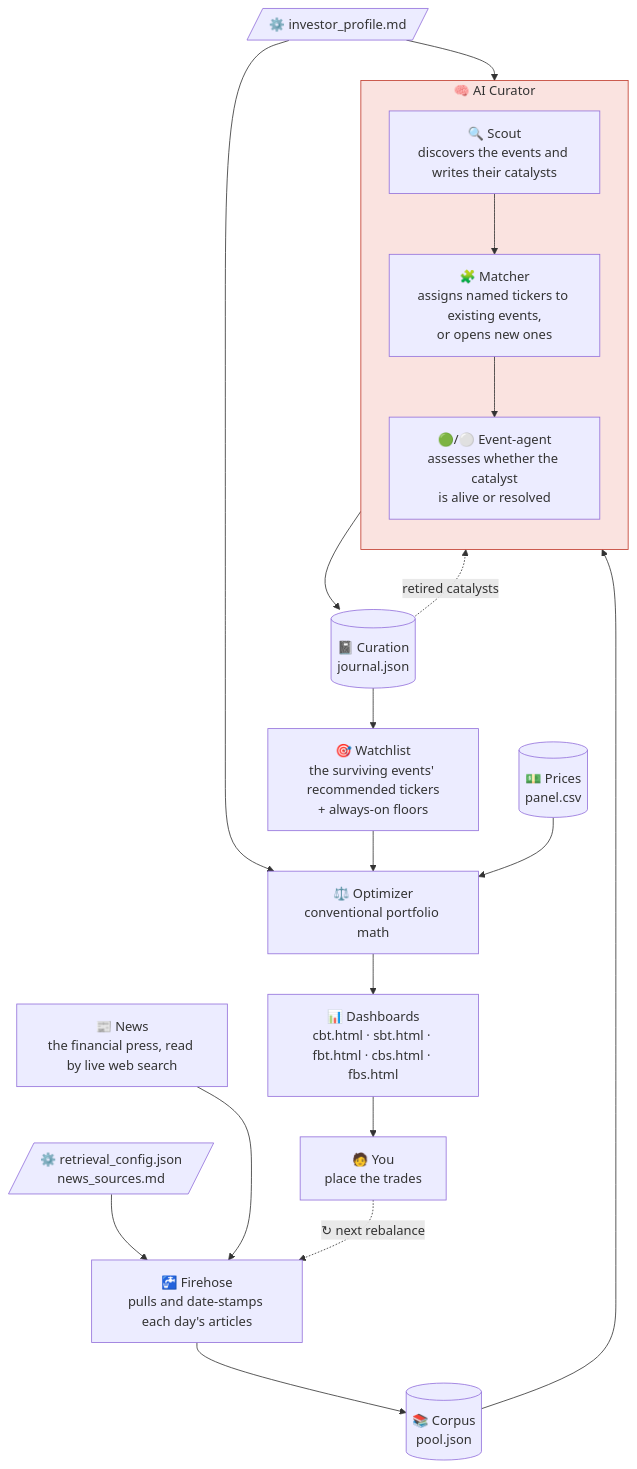
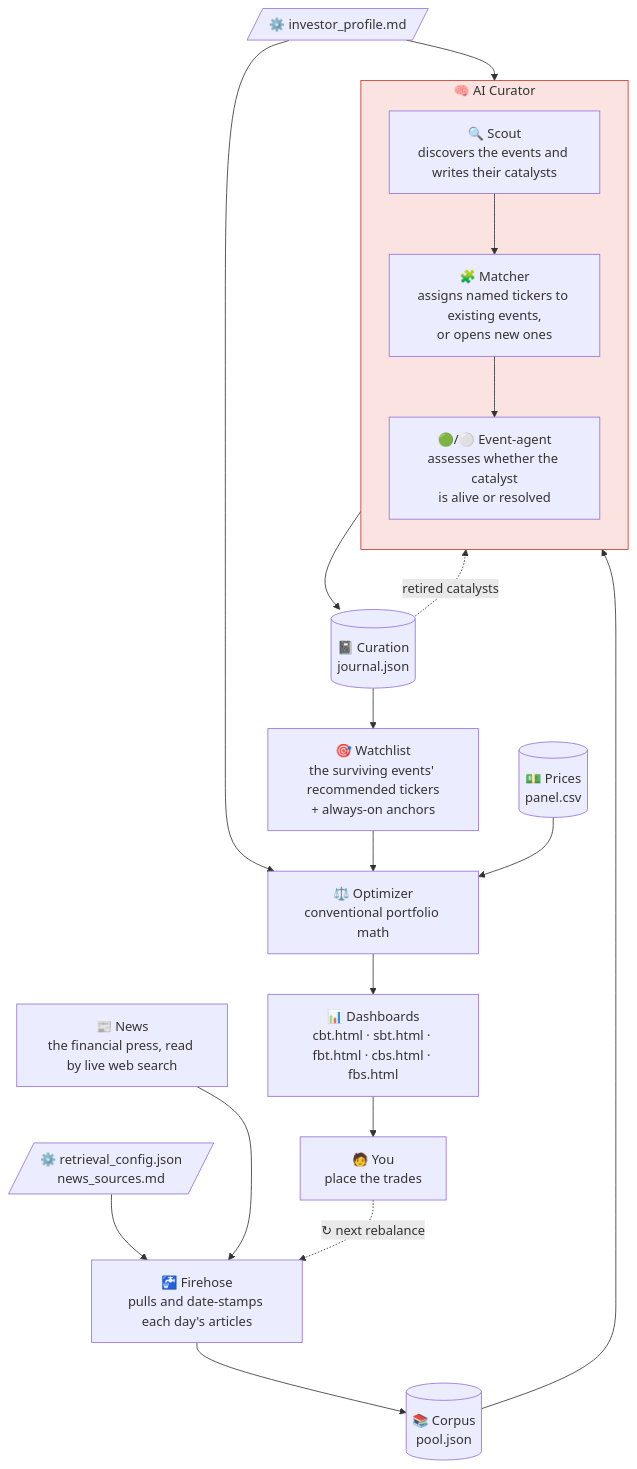
Before and after one commit to joehahn/geo-herd-rider: the diagram in README.md, drawn with Mermaid. The commit also changed other lines of this file, not shown here.

First line of the commit message:
README: anchors get their own bullet; the watchlist cap counts tickers

````diff
--- a/README.md
+++ b/README.md
@@ -31,36 +31,36 @@
 ```mermaid
 flowchart TD
     N["📰 News<br/>the financial press, read by live web search"]
     CFG[/"⚙️ retrieval_config.json<br/>news_sources.md"/]
     N ~~~ CFG
     CFG --> FH
     N --> FH
     FH["🚰 Firehose<br/>pulls and date-stamps each day's articles"]
     FH --> POOL[("📚 Corpus<br/>pool.json")]
     POOL --> SC
 
     subgraph CUR["🧠 AI Curator"]
       direction TB
       SC["🔍 Scout<br/>discovers the events and writes their catalysts"]
       MA["🧩 Matcher<br/>assigns named tickers to existing events,<br/>or opens new ones"]
       AG["🟢/⚪ Event-agent<br/>assesses whether the catalyst<br/>is alive or resolved"]
       SC --> MA --> AG
     end
 
     PROF[/"⚙️ investor_profile.md"/]
     PROF --> SC
     PROF --> OPT
 
     AG --> J[("📓 Curation<br/>journal.json")]
     J -. "retired catalysts" .-> SC
     J --> WL
-    WL["🎯 Watchlist<br/>the surviving events' recommended tickers<br/>+ always-on floors"]
+    WL["🎯 Watchlist<br/>the surviving events' recommended tickers<br/>+ always-on anchors"]
     WL --> OPT
     PX[("💵 Prices<br/>panel.csv")] --> OPT
     OPT["⚖️ Optimizer<br/>conventional portfolio math"]
     OPT --> D["📊 Dashboards<br/>cbt.html · sbt.html · fbt.html · cbs.html · fbs.html"]
     D --> U["🧑 You<br/>place the trades"]
     U -. "↻ next rebalance" .-> FH
 
     style CUR fill:#fae3e0,stroke:#c0392b
 ```
````
